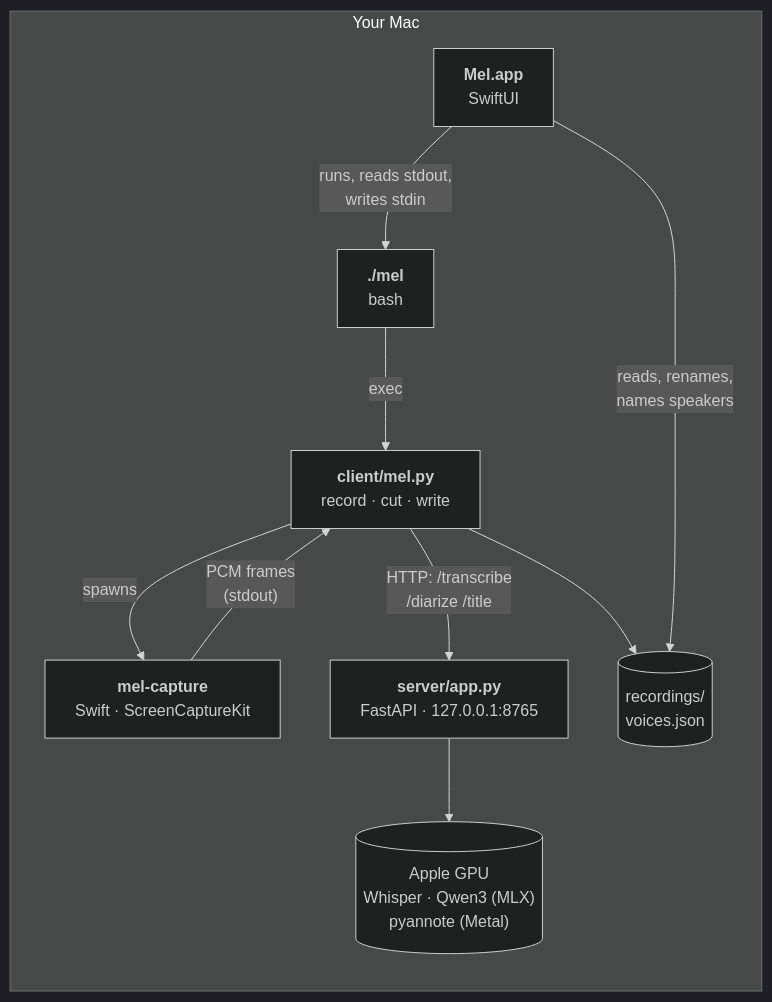
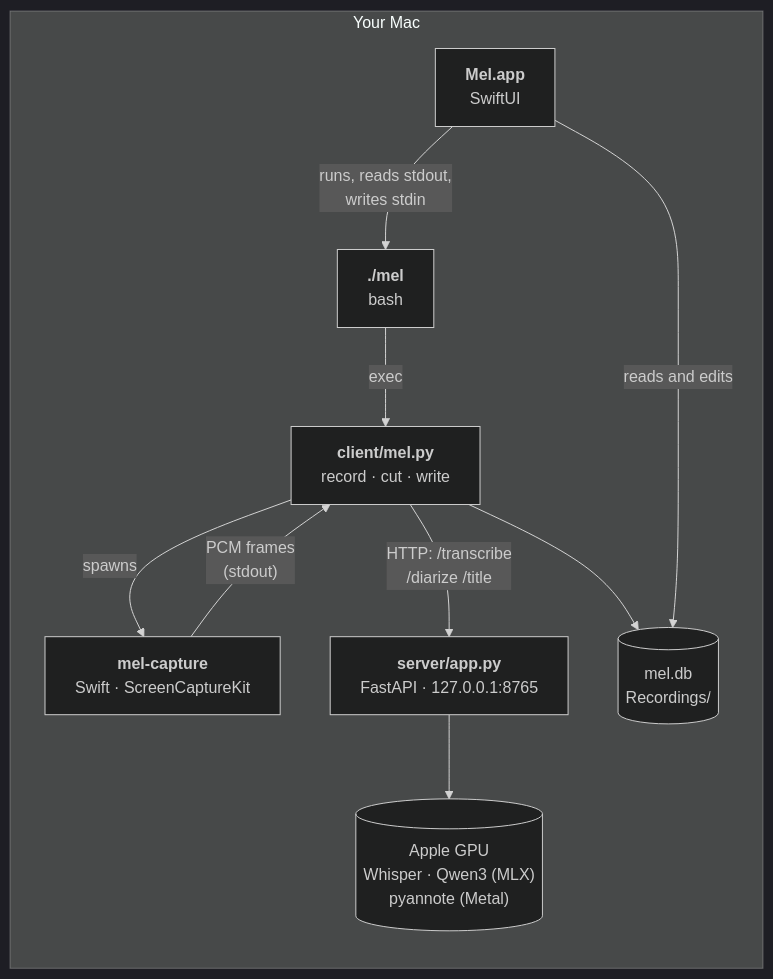
One commit to diegoquezadac/mel changed the first of 2 diagrams in docs/architecture.md. Above: the diagram before and after it, drawn with Mermaid (dark theme). The commit also changed other lines of this file and 21 other files, not shown here.

````diff
--- a/docs/architecture.md
+++ b/docs/architecture.md
@@ -5,20 +5,20 @@
 ```mermaid
 flowchart LR
     subgraph mac["Your Mac"]
         app["<b>Mel.app</b><br/>SwiftUI"]
         cli["<b>./mel</b><br/>bash"]
         client["<b>client/mel.py</b><br/>record · cut · write"]
         capture["<b>mel-capture</b><br/>Swift · ScreenCaptureKit"]
         server["<b>server/app.py</b><br/>FastAPI · 127.0.0.1:8765"]
         gpu[("Apple GPU<br/>Whisper · Qwen3 (MLX)<br/>pyannote (Metal)")]
-        disk[("recordings/<br/>voices.json")]
+        disk[("mel.db<br/>Recordings/")]
     end
     app -- "runs, reads stdout,<br/>writes stdin" --> cli
     cli -- exec --> client
     client -- spawns --> capture
     capture -- "PCM frames<br/>(stdout)" --> client
     client -- "HTTP: /transcribe<br/>/diarize /title" --> server
     server --> gpu
     client --> disk
-    app -- "reads, renames,<br/>names speakers" --> disk
+    app -- "reads and edits" --> disk
 ```
````
